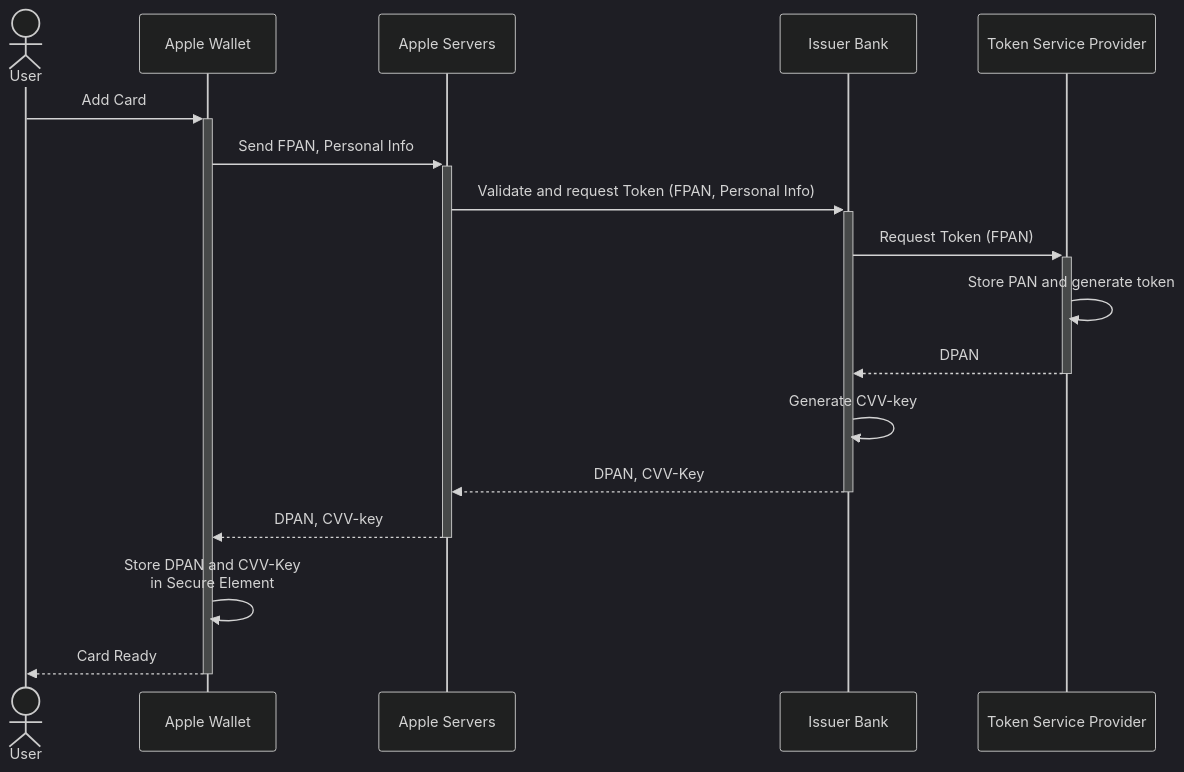
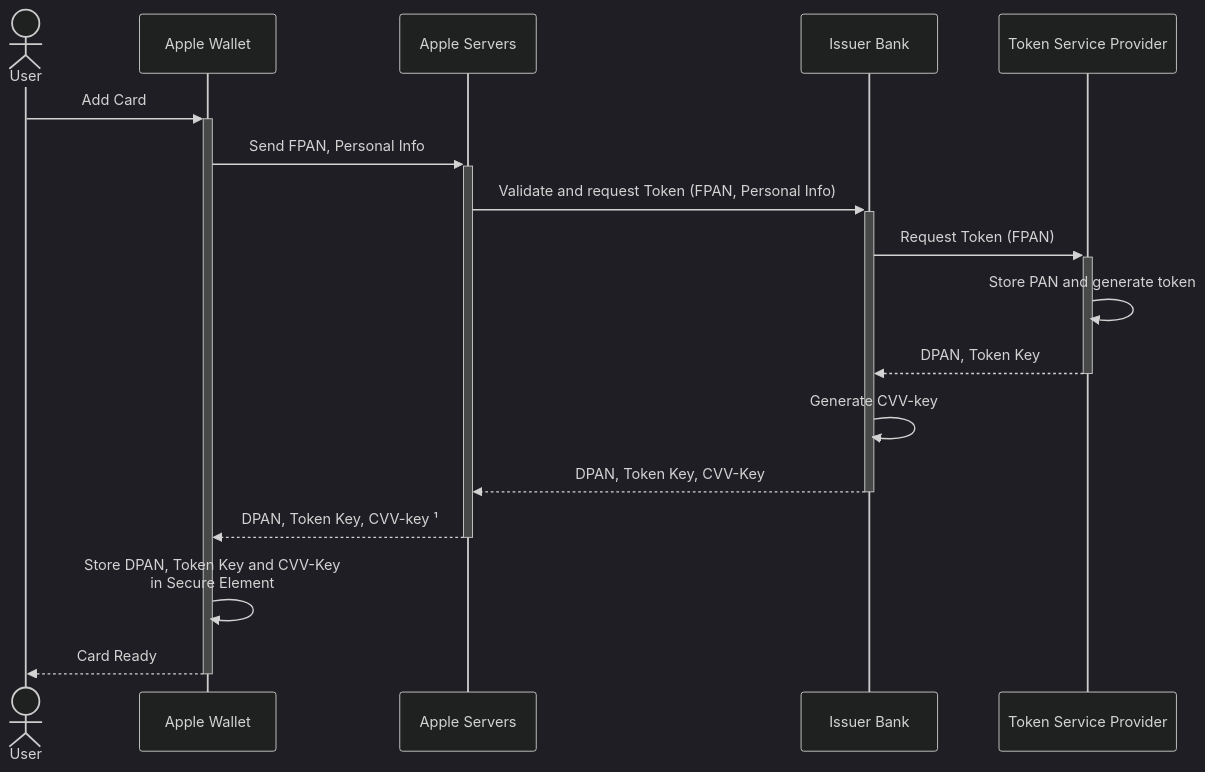
Before and after one commit to Basis-Theory/developers.basistheory.com: the diagram in docs/guides/apple-pay/overview.mdx, drawn with Mermaid (dark theme). The commit also changed other lines of this file and 1 other file, not shown here.

````diff
--- a/docs/guides/apple-pay/overview.mdx
+++ b/docs/guides/apple-pay/overview.mdx
@@ -26,21 +32,21 @@
 ```mermaid
 sequenceDiagram
     actor u as User
     participant aw as Apple Wallet
     participant as as Apple Servers
     participant ib as Issuer Bank
     participant tsp as Token Service Provider
 
     u ->>+ aw: Add Card
     aw ->>+ as: Send FPAN, Personal Info
     as ->>+ ib: Validate and request Token (FPAN, Personal Info)
     ib ->>+ tsp: Request Token (FPAN)
     tsp ->> tsp: Store PAN and generate token
-    tsp -->>- ib: DPAN
+    tsp -->>- ib: DPAN, Token Key
     ib ->> ib: Generate CVV-key
-    ib -->>- as: DPAN, CVV-Key
-    as -->>- aw: DPAN, CVV-key
-    aw ->> aw: Store DPAN and CVV-Key<br>in Secure Element
+    ib -->>- as: DPAN, Token Key, CVV-Key
+    as -->>- aw: DPAN, Token Key, CVV-key ¹
+    aw ->> aw: Store DPAN, Token Key and CVV-Key<br>in Secure Element
     aw -->>- u: Card Ready
 
 ```
````
